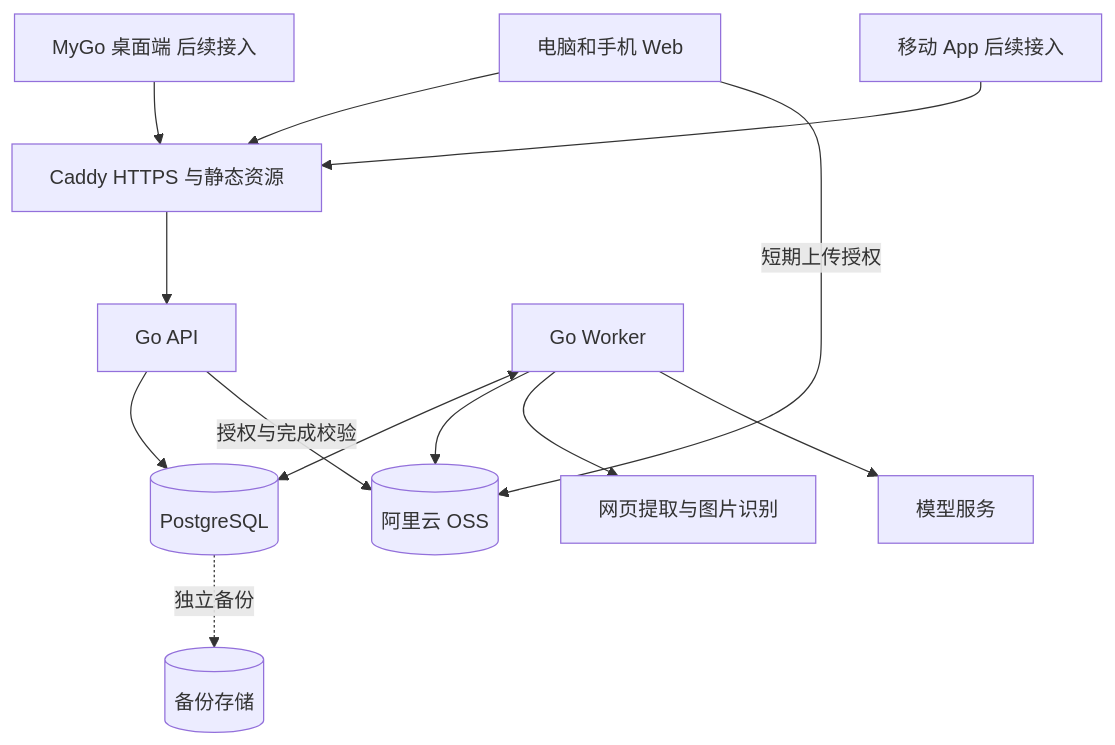
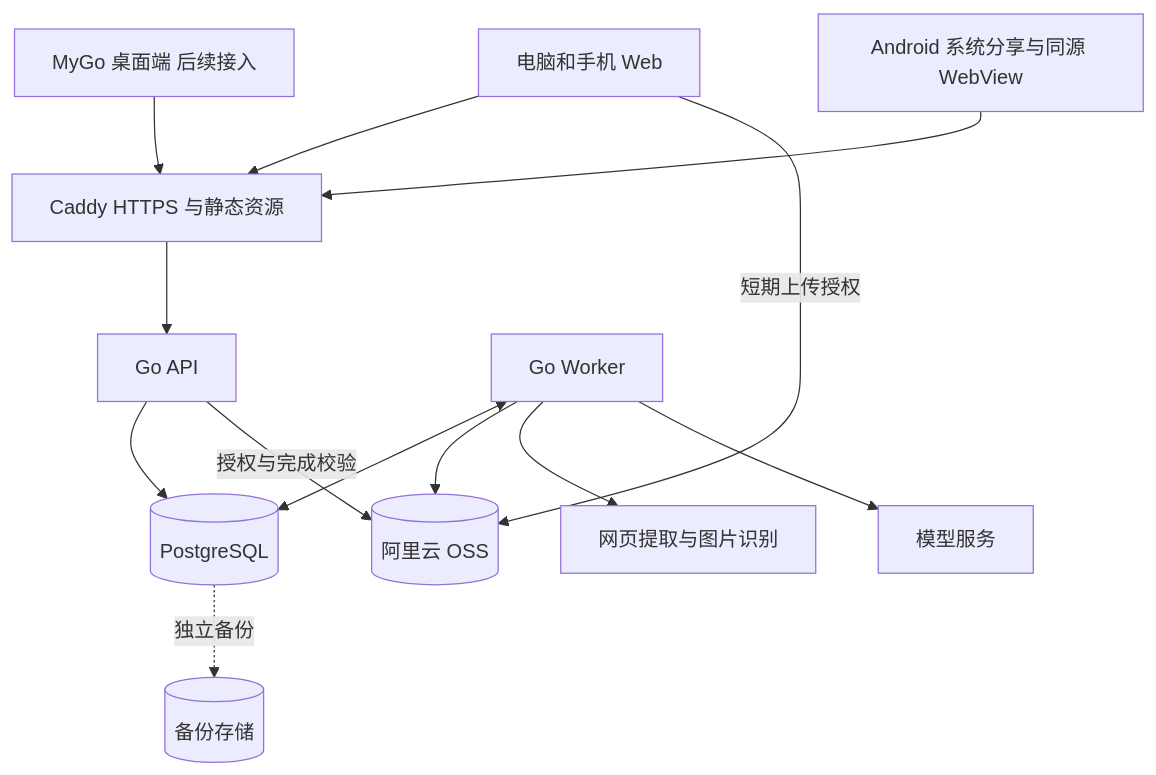
The diagram in docs/ARCHITECTURE.md (st2020-2020/spark), drawn with Mermaid before and after one commit. The commit also changed other lines of this file and 3 other files, not shown here.

First line of the commit message:
docs(android): record the mobile delivery and navigation model

````diff
--- a/docs/ARCHITECTURE.md
+++ b/docs/ARCHITECTURE.md
@@ -11,15 +11,15 @@
 ```mermaid
 flowchart TB
     Browser[电脑和手机 Web] --> Edge[Caddy HTTPS 与静态资源]
     Desktop[MyGo 桌面端 后续接入] --> Edge
-    Mobile[移动 App 后续接入] --> Edge
+    Android[Android 系统分享与同源 WebView] --> Edge
     Edge --> API[Go API]
     API --> DB[(PostgreSQL)]
     Worker[Go Worker] <--> DB
     Browser -->|短期上传授权| OSS[(阿里云 OSS)]
     API -->|授权与完成校验| OSS
     Worker --> OSS
     Worker --> Extract[网页提取与图片识别]
     Worker --> Model[模型服务]
     DB -. 独立备份 .-> Backup[(备份存储)]
 ```
````
